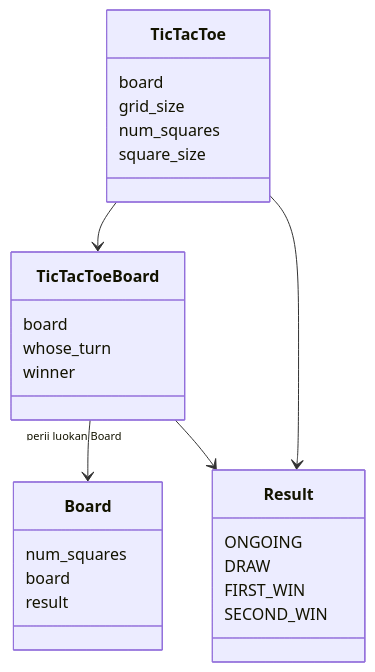
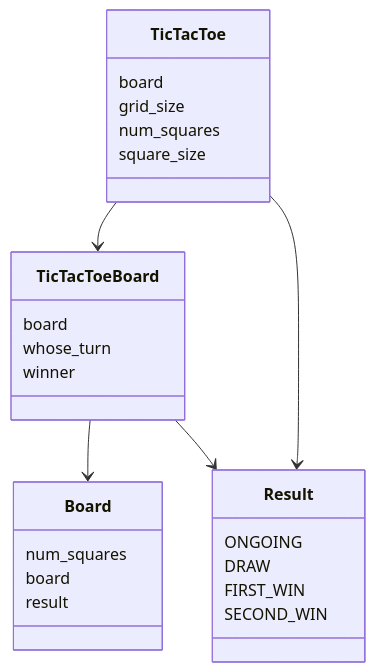
One commit to TatuSorjonen/ot-harjoitustyo changed the first of 2 diagrams in maarittelydokumentti/arkkitehtuuri.md. Above: the diagram before and after it, drawn with Mermaid.

````diff
--- a/maarittelydokumentti/arkkitehtuuri.md
+++ b/maarittelydokumentti/arkkitehtuuri.md
@@ -18,30 +18,30 @@
 ```mermaid
  classDiagram
       TicTacToe --> TicTacToeBoard
       TicTacToe --> Result
-      TicTacToeBoard "perii luokan Board" --> Board
+      TicTacToeBoard --> Board
       TicTacToeBoard --> Result
       
       class TicTacToe{
           board
           grid_size
           num_squares
           square_size
       }
       class Board{
           num_squares
           board
           result
       }
       class TicTacToeBoard{
           board
           whose_turn
           winner
       }
       class Result{
           ONGOING
           DRAW
           FIRST_WIN
           SECOND_WIN
       }
 ```
````
